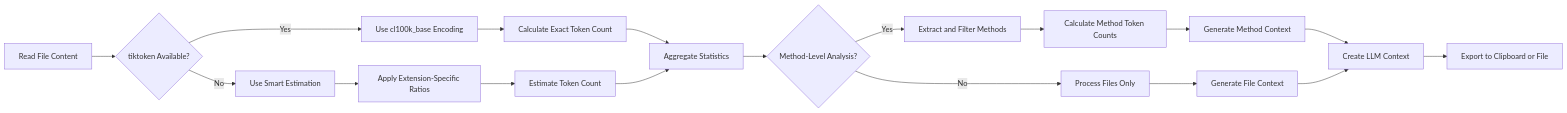
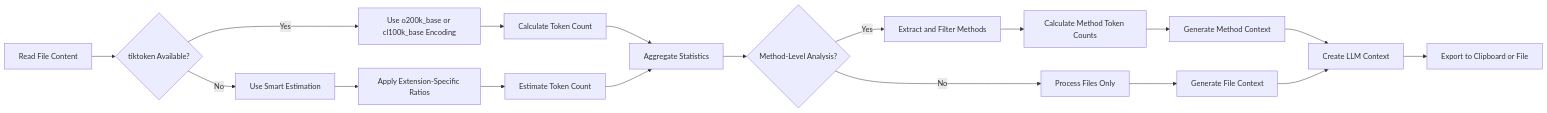
One commit to hakkisagdic/ctxman changed the fifth of 7 diagrams in docs/content-en/Tool Overview & Core Value.md. Above: the diagram before and after it, drawn with Mermaid. The commit also changed other lines of this file and 352 other files, not shown here.

````diff
--- a/docs/content-en/Tool Overview & Core Value.md
+++ b/docs/content-en/Tool Overview & Core Value.md
@@ -274,20 +274,20 @@
 ```mermaid
 flowchart LR
 A[Read File Content] --> B{tiktoken Available?}
-B --> |Yes| C[Use cl100k_base Encoding]
+B --> |Yes| C[Use o200k_base or cl100k_base Encoding]
 B --> |No| D[Use Smart Estimation]
-C --> E[Calculate Exact Token Count]
+C --> E[Calculate Token Count]
 D --> F[Apply Extension-Specific Ratios]
 F --> G[Estimate Token Count]
 E --> H[Aggregate Statistics]
 G --> H
 H --> I{Method-Level Analysis?}
 I --> |Yes| J[Extract and Filter Methods]
 I --> |No| K[Process Files Only]
 J --> L[Calculate Method Token Counts]
 L --> M[Generate Method Context]
 K --> N[Generate File Context]
 M --> O[Create LLM Context]
 N --> O
 O --> P[Export to Clipboard or File]
 ```
````
